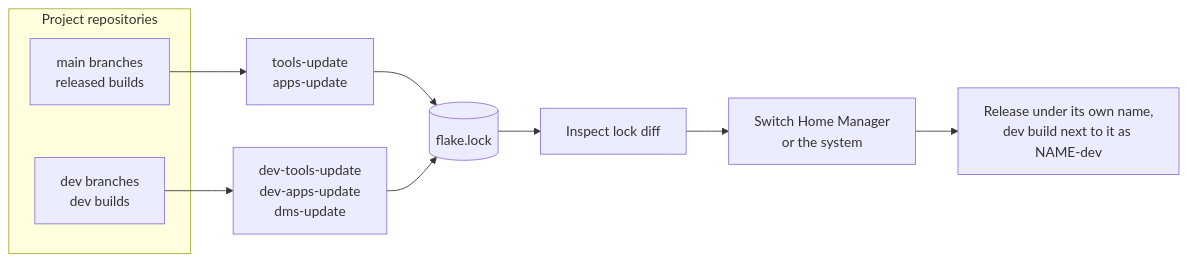
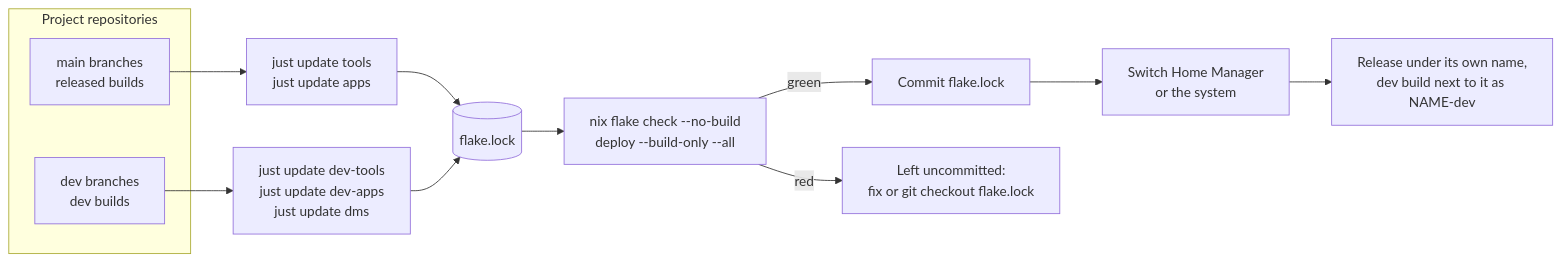
Before and after one commit to alcxyz/nix-config: the sixth of 6 diagrams in docs/architecture.md, drawn with Mermaid. The commit also changed other lines of this file and 14 other files, not shown here.

````diff
--- a/docs/architecture.md
+++ b/docs/architecture.md
@@ -290,18 +293,22 @@
 ```mermaid
 flowchart LR
   subgraph repos["Project repositories"]
     relMain["main branches<br/>released builds"]
     relDev["dev branches<br/>dev builds"]
   end
 
-  tools["tools-update<br/>apps-update"]
-  devtools["dev-tools-update<br/>dev-apps-update<br/>dms-update"]
+  tools["just update tools<br/>just update apps"]
+  devtools["just update dev-tools<br/>just update dev-apps<br/>just update dms"]
   lockf[("flake.lock")]
-  inspect["Inspect lock diff"]
+  build["nix flake check --no-build<br/>deploy --build-only --all"]
+  commit["Commit flake.lock"]
+  undo["Left uncommitted:<br/>fix or git checkout flake.lock"]
   switch["Switch Home Manager<br/>or the system"]
   out["Release under its own name,<br/>dev build next to it as NAME-dev"]
 
   relMain --> tools --> lockf
   relDev --> devtools --> lockf
-  lockf --> inspect --> switch --> out
+  lockf --> build
+  build -- green --> commit --> switch --> out
+  build -- red --> undo
 ```
````
